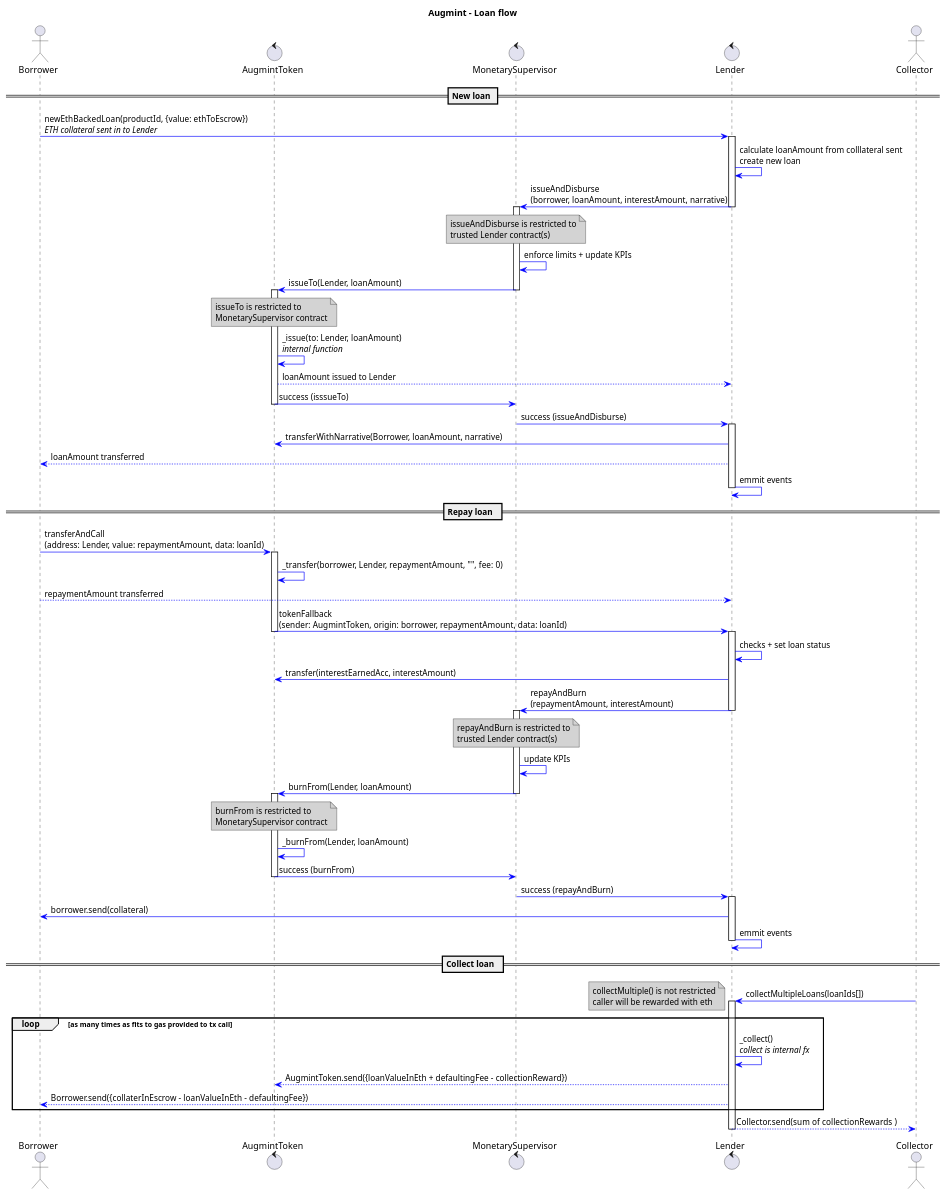
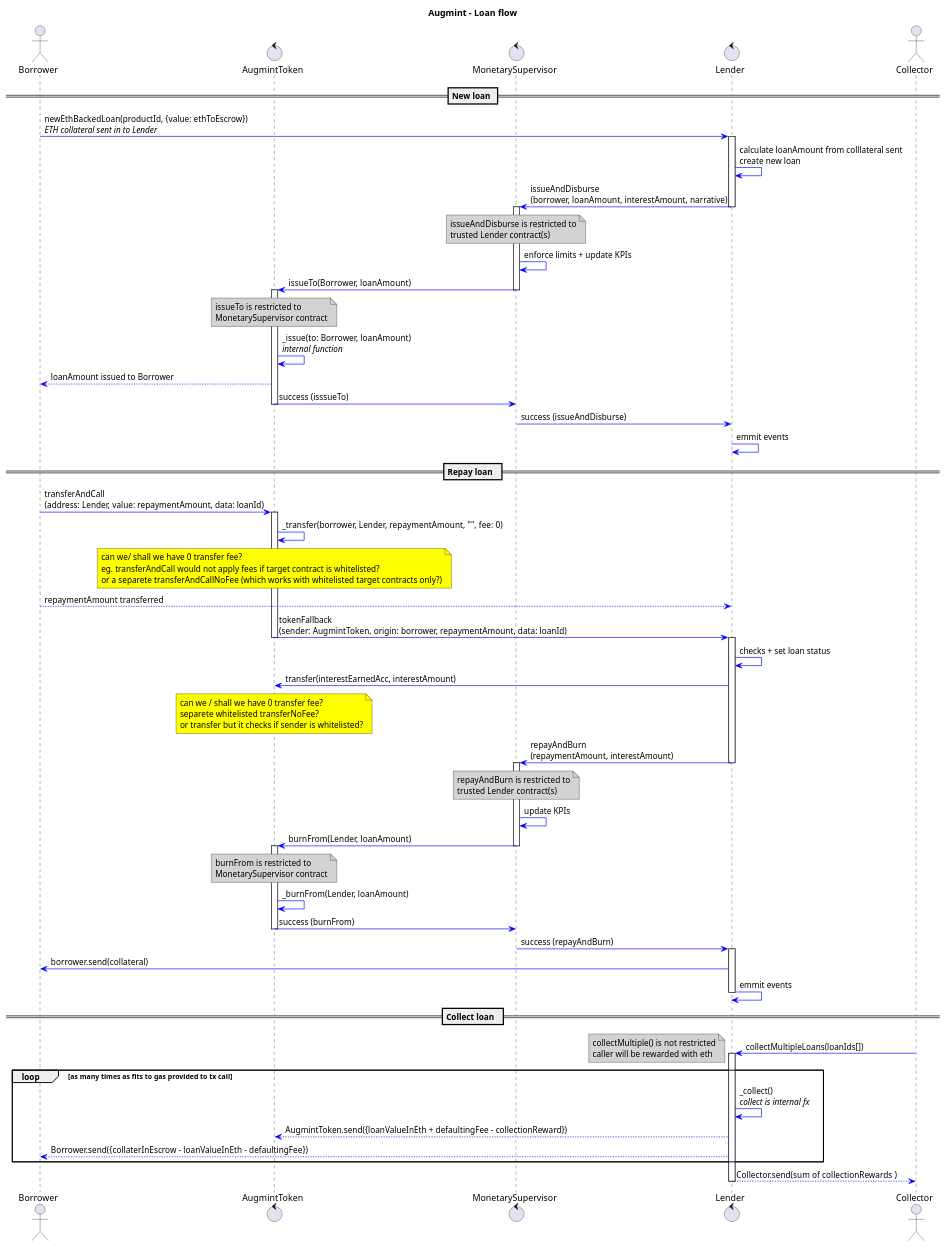
One commit to Augmint/augmint-contracts changed the diagram in docs/loanFlow.plantuml. Above: the diagram before and after it, drawn with PlantUML. The commit also changed 1 other file, not shown here.

Commit message:
issue directly to borrower + added outstanding fee questions to notes #2

```diff
--- a/docs/loanFlow.plantuml
+++ b/docs/loanFlow.plantuml
@@ -1,104 +1,111 @@
 @startuml
 title **Augmint** - Loan flow
 skinparam ArrowColor #blue
 skinparam noteBackgroundColor #lightgrey
 
 actor Borrower
 control AugmintToken
 control MonetarySupervisor
 control Lender
 actor Collector
 
 == New loan ==
 Borrower -> Lender : newEthBackedLoan(productId, {value: ethToEscrow})\n//ETH collateral sent in to Lender//
 
 activate Lender
     Lender -> Lender : calculate loanAmount from colllateral sent\ncreate new loan
     Lender -> MonetarySupervisor : issueAndDisburse\n(borrower, loanAmount, interestAmount, narrative)
 deactivate Lender
 
 activate MonetarySupervisor
     note over MonetarySupervisor
         issueAndDisburse is restricted to
         trusted Lender contract(s)
     end note
     MonetarySupervisor -> MonetarySupervisor : enforce limits + update KPIs
-    MonetarySupervisor -> AugmintToken : issueTo(Lender, loanAmount)
+    MonetarySupervisor -> AugmintToken : issueTo(Borrower, loanAmount)
 deactivate MonetarySupervisor
 
 activate AugmintToken
     note over AugmintToken
         issueTo is restricted to
         MonetarySupervisor contract
     end note
-    AugmintToken -> AugmintToken : _issue(to: Lender, loanAmount)\n//internal function//
-    AugmintToken --> Lender : loanAmount issued to Lender
+    AugmintToken -> AugmintToken : _issue(to: Borrower, loanAmount)\n//internal function//
+    AugmintToken --> Borrower : loanAmount issued to Borrower
     AugmintToken -> MonetarySupervisor : success (isssueTo)
 deactivate AugmintToken
 
 MonetarySupervisor -> Lender : success (issueAndDisburse)
 
-activate Lender
-    Lender -> AugmintToken : transferWithNarrative(Borrower, loanAmount, narrative)
-    Lender --> Borrower : loanAmount transferred
-    Lender -> Lender : emmit events
-deactivate Lender
+Lender -> Lender : emmit events
+
 
 
 == Repay loan  ==
 Borrower -> AugmintToken : transferAndCall\n(address: Lender, value: repaymentAmount, data: loanId)
 
 activate AugmintToken
     AugmintToken -> AugmintToken : _transfer(borrower, Lender, repaymentAmount, "", fee: 0)
+    note over AugmintToken #yellow
+        can we/ shall we have 0 transfer fee?
+        eg. transferAndCall would not apply fees if target contract is whitelisted?
+        or a separete transferAndCallNoFee (which works with whitelisted target contracts only?)
+    end note
     Borrower --> Lender : repaymentAmount transferred
     AugmintToken -> Lender : tokenFallback\n(sender: AugmintToken, origin: borrower, repaymentAmount, data: loanId)
 deactivate AugmintToken
 
 activate Lender
     Lender -> Lender : checks + set loan status
     Lender -> AugmintToken : transfer(interestEarnedAcc, interestAmount)
+    note over AugmintToken #yellow
+        can we / shall we have 0 transfer fee?
+        separete whitelisted transferNoFee?
+        or transfer but it checks if sender is whitelisted?
+    end note
     Lender -> MonetarySupervisor : repayAndBurn\n(repaymentAmount, interestAmount)
     note over MonetarySupervisor
         repayAndBurn is restricted to
         trusted Lender contract(s)
     end note
 deactivate Lender
 
 activate MonetarySupervisor
     MonetarySupervisor -> MonetarySupervisor : update KPIs
     MonetarySupervisor -> AugmintToken : burnFrom(Lender, loanAmount)
     note over AugmintToken
         burnFrom is restricted to
         MonetarySupervisor contract
     end note
 deactivate MonetarySupervisor
 
 activate AugmintToken
     AugmintToken -> AugmintToken : _burnFrom(Lender, loanAmount)
     AugmintToken -> MonetarySupervisor : success (burnFrom)
 deactivate AugmintToken
 
 MonetarySupervisor -> Lender : success (repayAndBurn)
 
 activate Lender
 Lender -> Borrower : borrower.send(collateral)
 Lender -> Lender : emmit events
 deactivate Lender
 
 == Collect loan  ==
 Collector -> Lender : collectMultipleLoans(loanIds[])
 note left
     collectMultiple() is not restricted
     caller will be rewarded with eth
 end note
 activate Lender
 
 loop as many times as fits to gas provided to tx call
     Lender -> Lender : _collect()\n//collect is internal fx//
     Lender --> AugmintToken : AugmintToken.send({loanValueInEth + defaultingFee - collectionReward})
     Lender --> Borrower : Borrower.send({collaterInEscrow - loanValueInEth - defaultingFee})
 end
 Lender --> Collector : Collector.send(sum of collectionRewards )
 
 deactivate Lender
 @enduml
```
